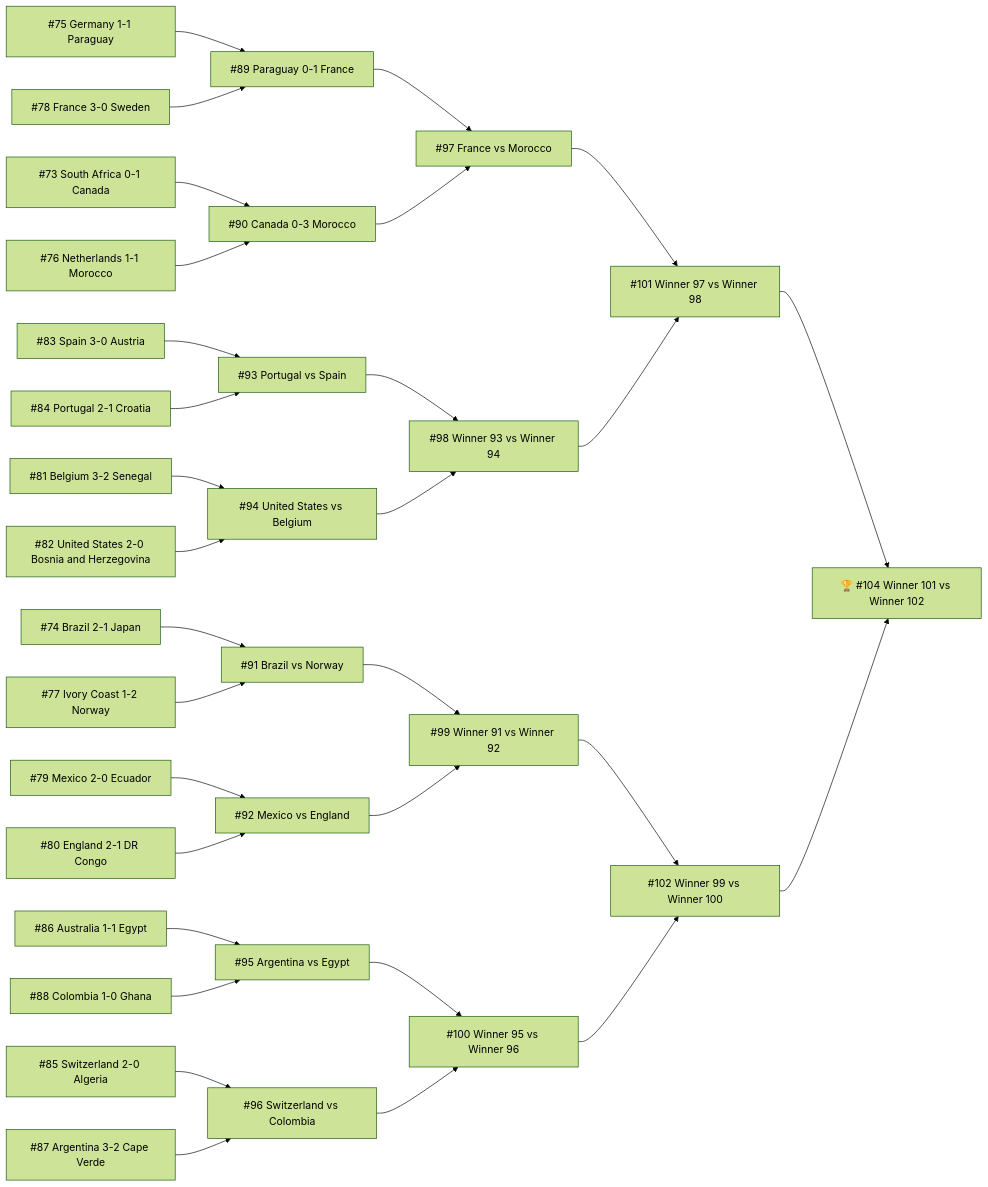
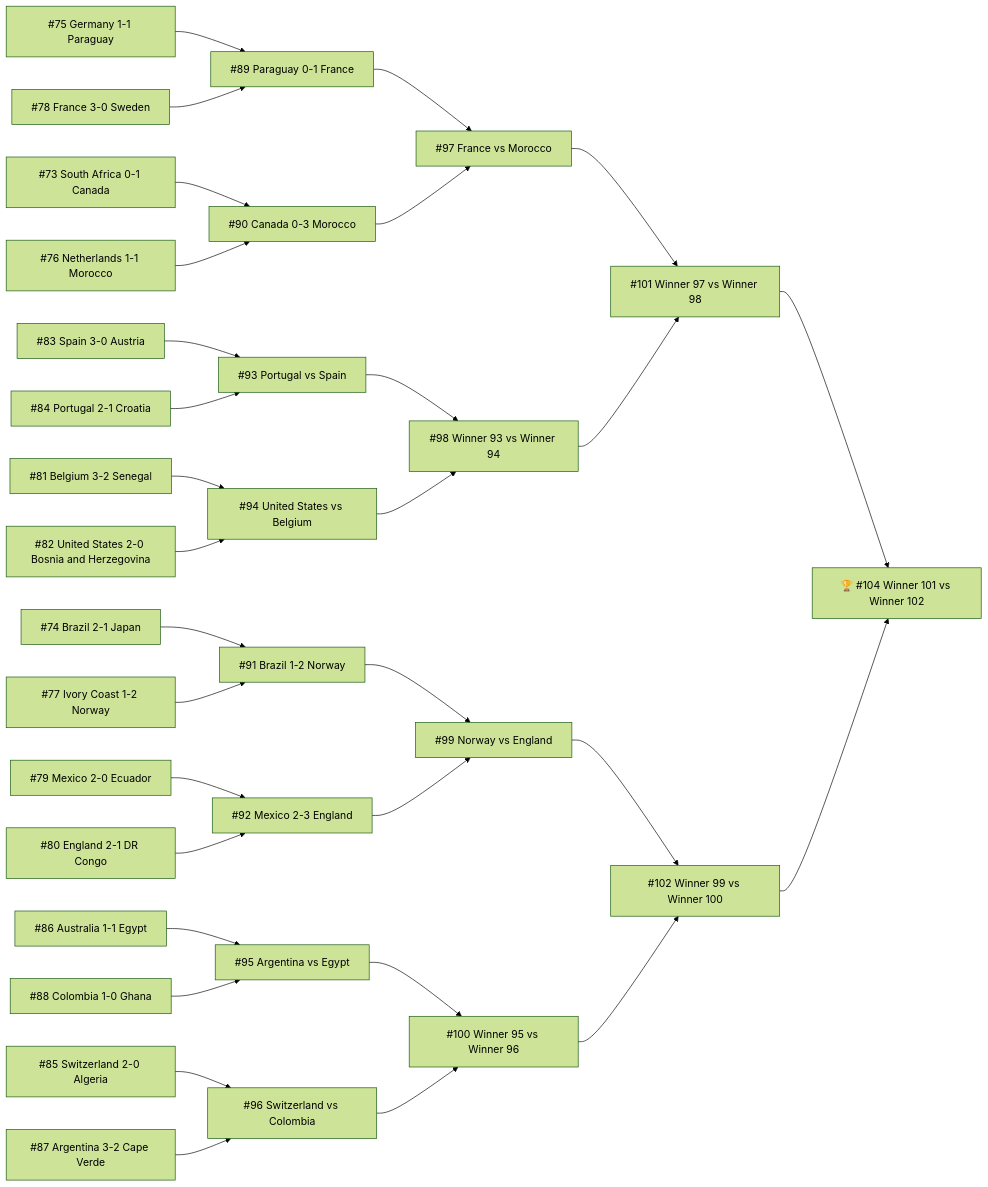
The diagram in src/site/notes/Area/Football/World Cup 2026.md (didiowen/theyears), drawn with Mermaid (forest theme) before and after one commit. The commit also changed 3 other files, not shown here.

````diff
--- a/src/site/notes/Area/Football/World Cup 2026.md
+++ b/src/site/notes/Area/Football/World Cup 2026.md
@@ -496,64 +496,64 @@
 ```mermaid
 flowchart LR
   M73["#73 South Africa 0-1 Canada"]
   M74["#74 Brazil 2-1 Japan"]
   M75["#75 Germany 1-1 Paraguay"]
   M76["#76 Netherlands 1-1 Morocco"]
   M77["#77 Ivory Coast 1-2 Norway"]
   M78["#78 France 3-0 Sweden"]
   M79["#79 Mexico 2-0 Ecuador"]
   M80["#80 England 2-1 DR Congo"]
   M81["#81 Belgium 3-2 Senegal"]
   M82["#82 United States 2-0 Bosnia and Herzegovina"]
   M83["#83 Spain 3-0 Austria"]
   M84["#84 Portugal 2-1 Croatia"]
   M85["#85 Switzerland 2-0 Algeria"]
   M86["#86 Australia 1-1 Egypt"]
   M87["#87 Argentina 3-2 Cape Verde"]
   M88["#88 Colombia 1-0 Ghana"]
   M89["#89 Paraguay 0-1 France"]
   M90["#90 Canada 0-3 Morocco"]
-  M91["#91 Brazil vs Norway"]
-  M92["#92 Mexico vs England"]
+  M91["#91 Brazil 1-2 Norway"]
+  M92["#92 Mexico 2-3 England"]
   M93["#93 Portugal vs Spain"]
   M94["#94 United States vs Belgium"]
   M95["#95 Argentina vs Egypt"]
   M96["#96 Switzerland vs Colombia"]
   M97["#97 France vs Morocco"]
   M98["#98 Winner 93 vs Winner 94"]
-  M99["#99 Winner 91 vs Winner 92"]
+  M99["#99 Norway vs England"]
   M100["#100 Winner 95 vs Winner 96"]
   M101["#101 Winner 97 vs Winner 98"]
   M102["#102 Winner 99 vs Winner 100"]
   M104["🏆 #104 Winner 101 vs Winner 102"]
   M75 --> M89
   M78 --> M89
   M73 --> M90
   M76 --> M90
   M74 --> M91
   M77 --> M91
   M79 --> M92
   M80 --> M92
   M83 --> M93
   M84 --> M93
   M81 --> M94
   M82 --> M94
   M86 --> M95
   M88 --> M95
   M85 --> M96
   M87 --> M96
   M89 --> M97
   M90 --> M97
   M93 --> M98
   M94 --> M98
   M91 --> M99
   M92 --> M99
   M95 --> M100
   M96 --> M100
   M97 --> M101
   M98 --> M101
   M99 --> M102
   M100 --> M102
   M101 --> M104
   M102 --> M104
 ```
````
